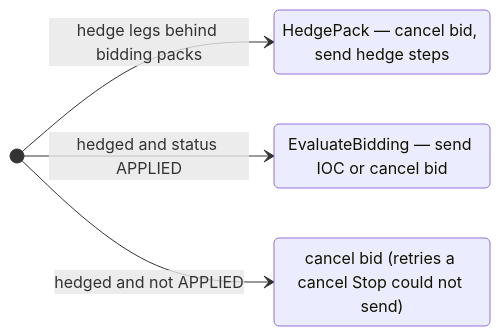
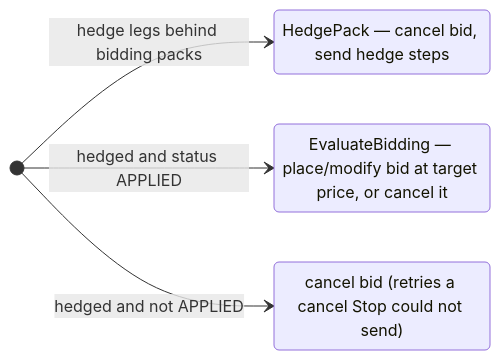
One commit to kingofknights/ConvexStrategy changed the third of 3 diagrams in project_flow_documentation.md. Above: the diagram before and after it, drawn with Mermaid. The commit also changed other lines of this file and 7 other files, not shown here.

First line of the commit message:
feat(ratio): bid leg 0 at the price that meets the target spread

````diff
--- a/project_flow_documentation.md
+++ b/project_flow_documentation.md
@@ -109,10 +109,10 @@
 ```mermaid
 stateDiagram-v2
     direction LR
     [*] --> Unhedged: hedge legs behind bidding packs
     [*] --> Applied: hedged and status APPLIED
     [*] --> Idle: hedged and not APPLIED
     Unhedged: HedgePack — cancel bid, send hedge steps
-    Applied: EvaluateBidding — send IOC or cancel bid
+    Applied: EvaluateBidding — place/modify bid at target price, or cancel it
     Idle: cancel bid (retries a cancel Stop could not send)
 ```
````
